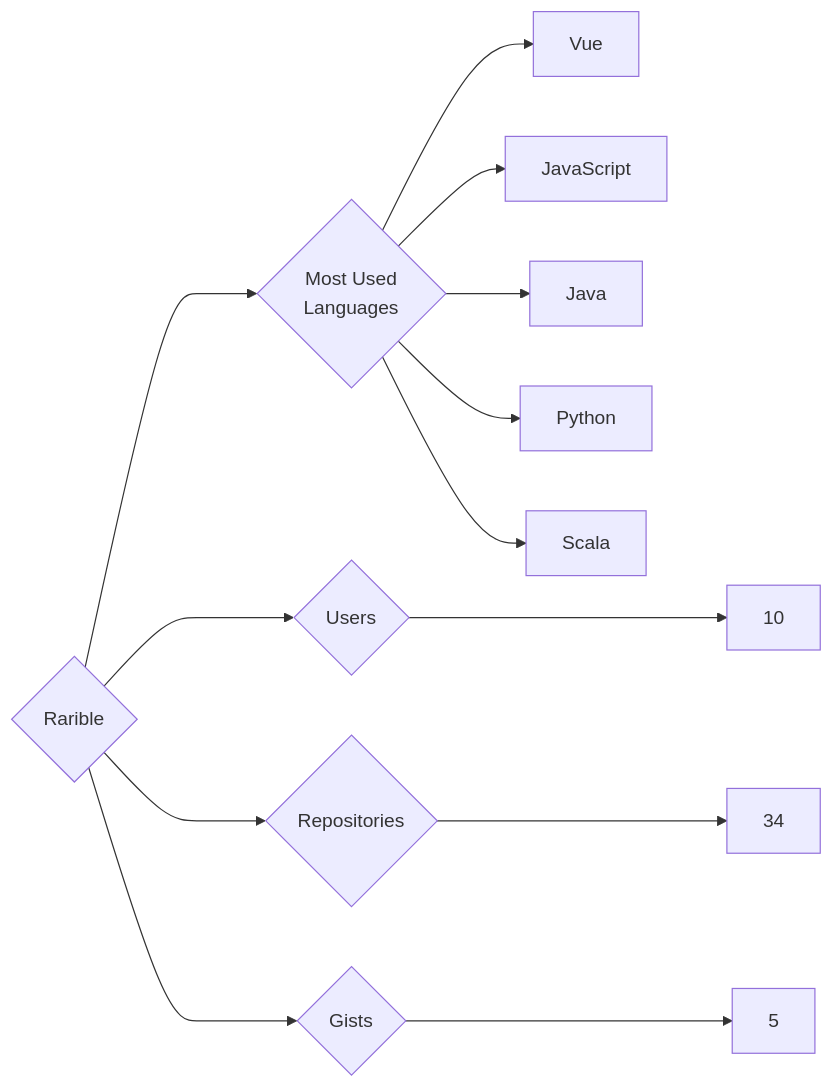
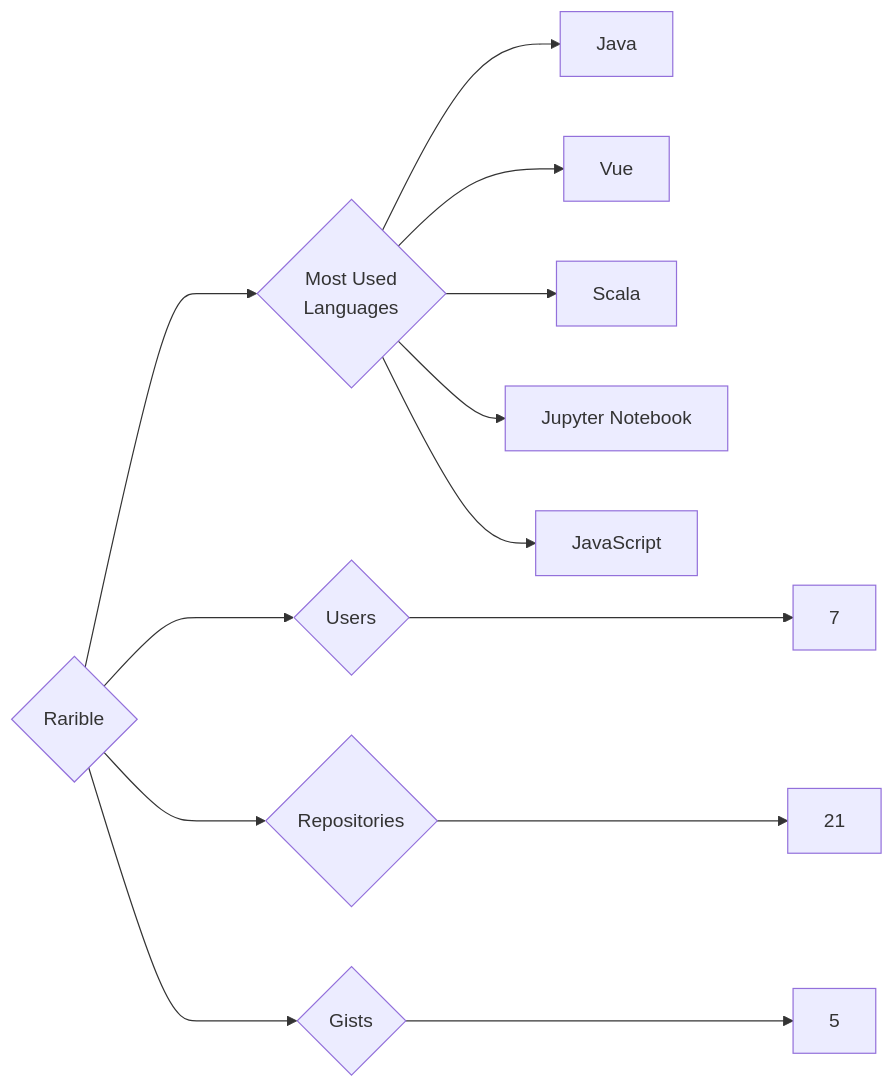
Before and after one commit to trickest/insiders: the diagram in targets/Rarible/README.md, drawn with Mermaid. The commit also changed 1248 other files, not shown here.

````diff
--- a/targets/Rarible/README.md
+++ b/targets/Rarible/README.md
@@ -3,13 +3,13 @@
 ```mermaid
 graph LR
 COMPANY_NAME{Rarible}
-COMPANY_NAME ---> U{Users} ---> UN[10]
-COMPANY_NAME ---> R{Repositories} ---> RN[34]
+COMPANY_NAME ---> U{Users} ---> UN[7]
+COMPANY_NAME ---> R{Repositories} ---> RN[21]
 COMPANY_NAME ---> G{Gists} ---> GN[5]
 COMPANY_NAME ---> ML{Most Used<br>Languages}
+ML --> Java[Java]
 ML --> Vue[Vue]
+ML --> Scala[Scala]
+ML --> Jupyter_Notebook[Jupyter Notebook]
 ML --> JavaScript[JavaScript]
-ML --> Java[Java]
-ML --> Python[Python]
-ML --> Scala[Scala]
 ```
````
